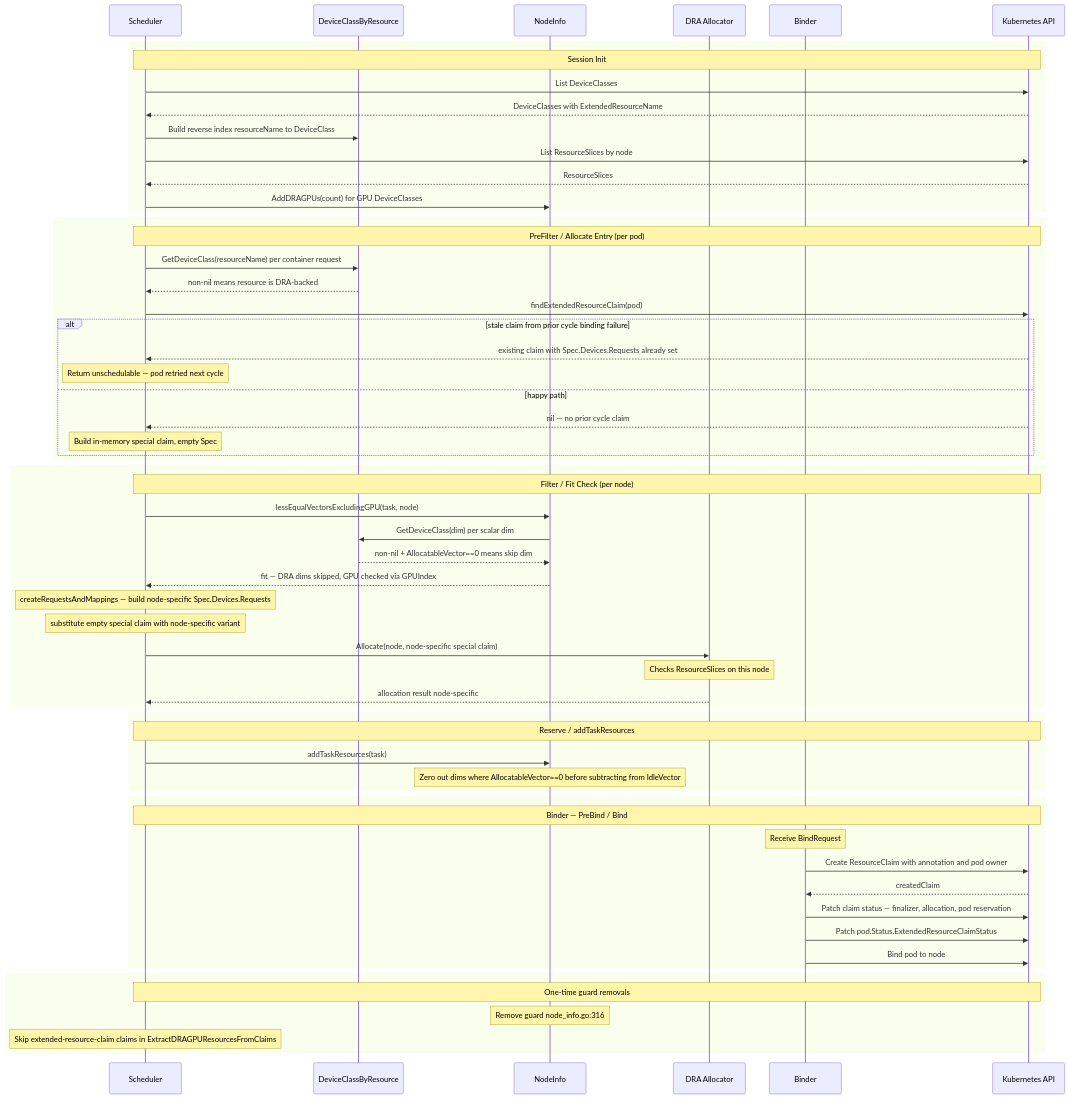
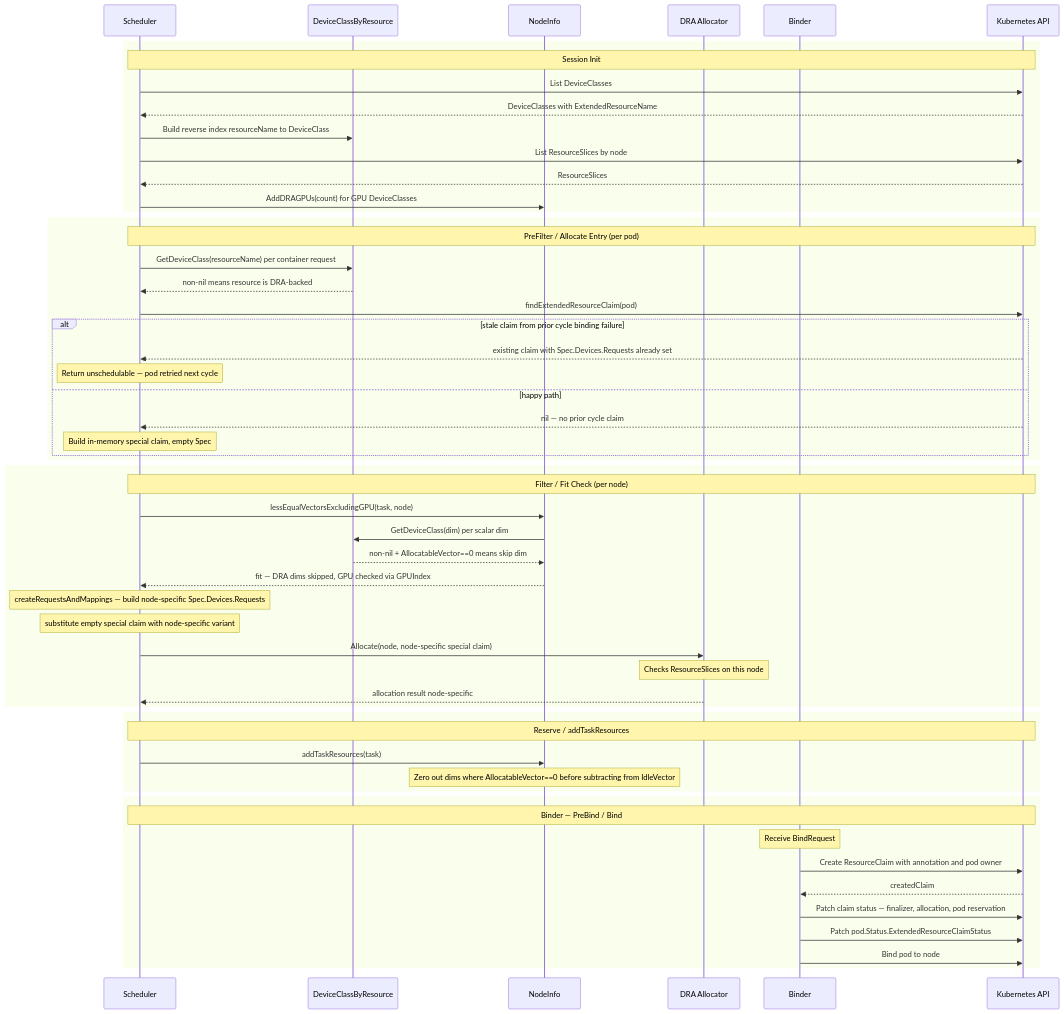
One commit to kai-scheduler/KAI-Scheduler changed the diagram in docs/developer/designs/dra-extended-resources/README.md. Above: the diagram before and after it, drawn with Mermaid.

````diff
--- a/docs/developer/designs/dra-extended-resources/README.md
+++ b/docs/developer/designs/dra-extended-resources/README.md
@@ -143,68 +143,62 @@
 ```mermaid
 sequenceDiagram
     participant S as Scheduler
     participant C as DeviceClassByResource
     participant N as NodeInfo
     participant D as DRA Allocator
     participant B as Binder
     participant K as Kubernetes API
 
     rect
         note over S,K: Session Init
         S->>K: List DeviceClasses
         K-->>S: DeviceClasses with ExtendedResourceName
         S->>C: Build reverse index resourceName to DeviceClass
         S->>K: List ResourceSlices by node
         K-->>S: ResourceSlices
         S->>N: AddDRAGPUs(count) for GPU DeviceClasses
     end
 
     rect
         note over S,K: PreFilter / Allocate Entry (per pod)
         S->>C: GetDeviceClass(resourceName) per container request
         C-->>S: non-nil means resource is DRA-backed
         S->>K: findExtendedResourceClaim(pod)
         alt stale claim from prior cycle binding failure
             K-->>S: existing claim with Spec.Devices.Requests already set
             note over S: Return unschedulable — pod retried next cycle
         else happy path
             K-->>S: nil — no prior cycle claim
             note over S: Build in-memory special claim, empty Spec
         end
     end
 
     rect
         note over S,K: Filter / Fit Check (per node)
         S->>N: lessEqualVectorsExcludingGPU(task, node)
         N->>C: GetDeviceClass(dim) per scalar dim
         C-->>N: non-nil + AllocatableVector==0 means skip dim
         N-->>S: fit — DRA dims skipped, GPU checked via GPUIndex
         note over S: createRequestsAndMappings — build node-specific Spec.Devices.Requests
         note over S: substitute empty special claim with node-specific variant
         S->>D: Allocate(node, node-specific special claim)
         note over D: Checks ResourceSlices on this node
         D-->>S: allocation result node-specific
     end
 
     rect
         note over S,K: Reserve / addTaskResources
         S->>N: addTaskResources(task)
         note over N: Zero out dims where AllocatableVector==0 before subtracting from IdleVector
     end
 
     rect
         note over S,K: Binder — PreBind / Bind
         note over B: Receive BindRequest
         B->>K: Create ResourceClaim with annotation and pod owner
         K-->>B: createdClaim
         B->>K: Patch claim status — finalizer, allocation, pod reservation
         B->>K: Patch pod.Status.ExtendedResourceClaimStatus
         B->>K: Bind pod to node
     end
-
-    rect
-        note over S,K: One-time guard removals
-        note over N: Remove guard node_info.go:316
-        note over S: Skip extended-resource-claim claims in ExtractDRAGPUResourcesFromClaims
-    end
 ```
````
